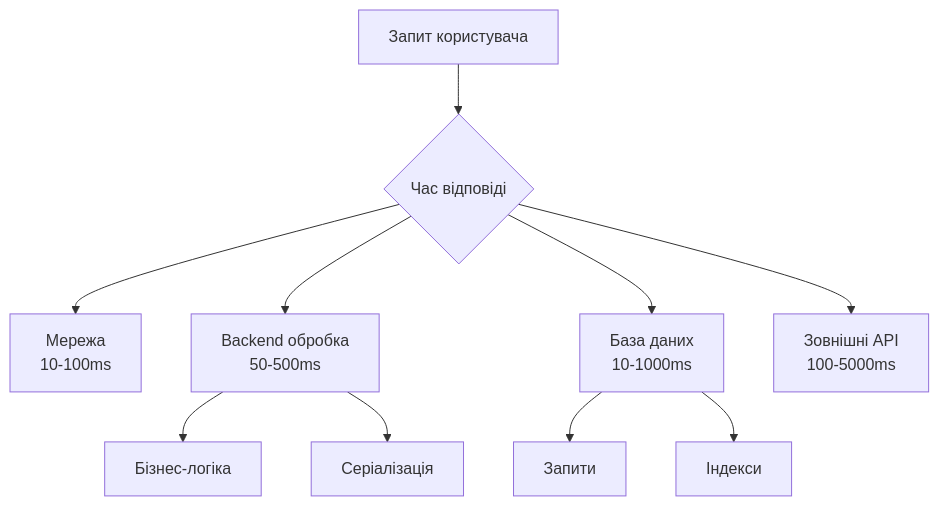
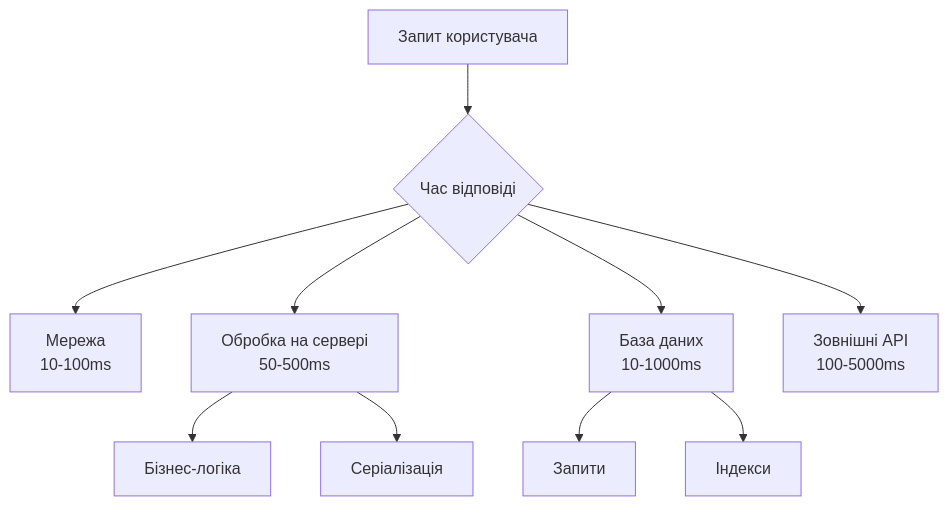
Before and after one commit to olroi421/course-opi-v2: the first of 4 diagrams in lectures/lecture-16.md, drawn with Mermaid. The commit also changed other lines of this file and 9 other files, not shown here.

````diff
--- a/lectures/lecture-16.md
+++ b/lectures/lecture-16.md
@@ -17,13 +27,13 @@
 ```mermaid
 graph TB
     A[Запит користувача] --> B{Час відповіді}
     B --> C[Мережа<br/>10-100ms]
-    B --> D[Backend обробка<br/>50-500ms]
+    B --> D[Обробка на сервері<br/>50-500ms]
     B --> E[База даних<br/>10-1000ms]
     B --> F[Зовнішні API<br/>100-5000ms]
-    
+
     D --> G[Бізнес-логіка]
     D --> H[Серіалізація]
     E --> I[Запити]
     E --> J[Індекси]
 ```
````
